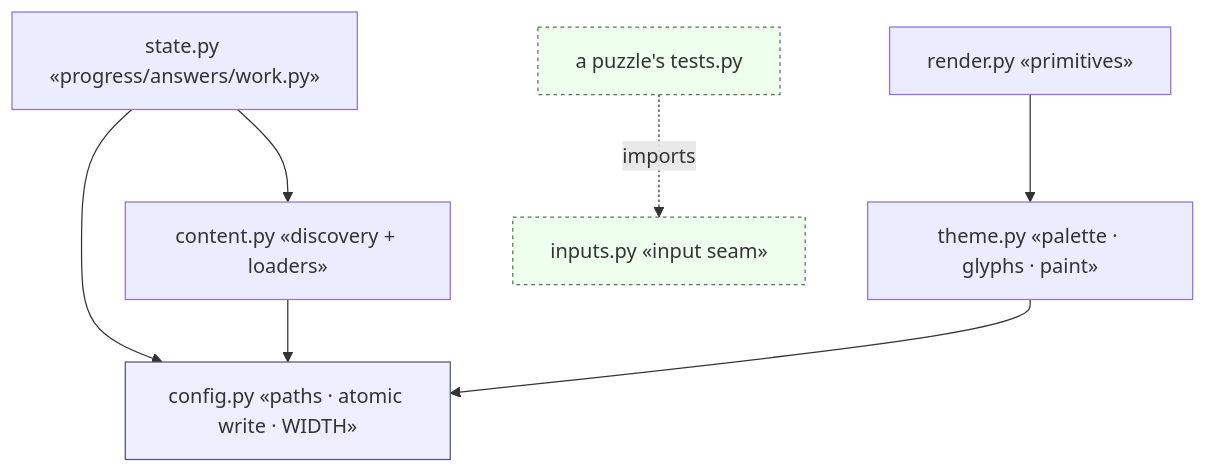
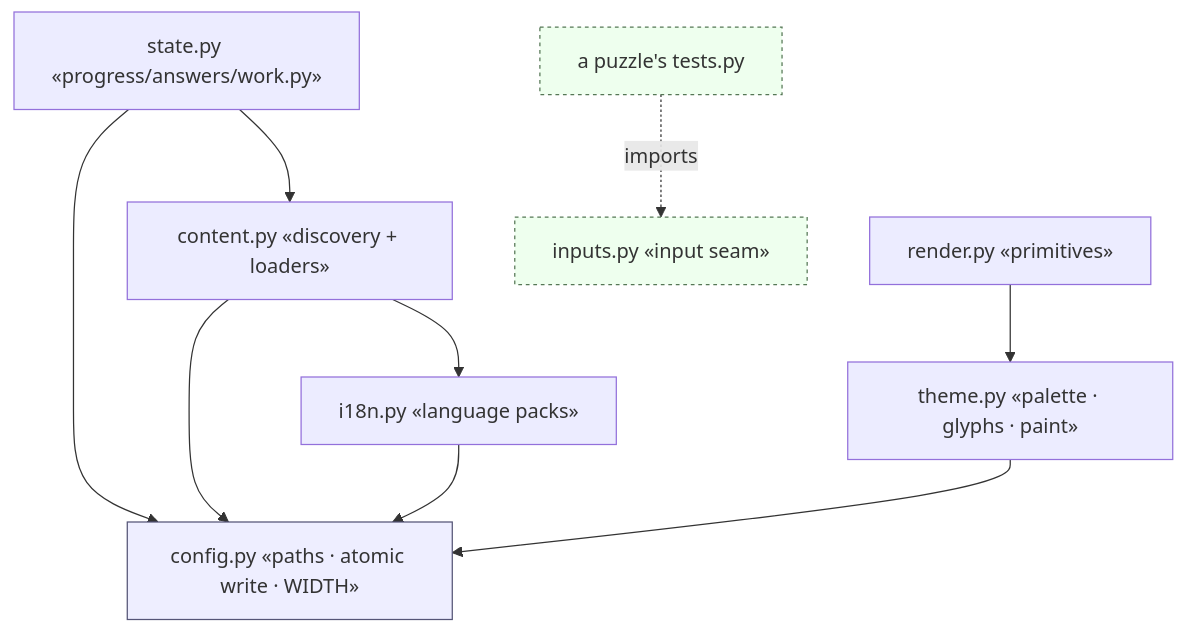
Before and after one commit to N041M/PyQuest: the seventh of 12 diagrams in docs/architecture/README.md, drawn with Mermaid. The commit also changed 5 other files, not shown here.

Commit message:
Let language packs override textbook reference.md, English fallback

````diff
--- a/docs/architecture/README.md
+++ b/docs/architecture/README.md
@@ -187,15 +187,17 @@
 ```mermaid
 flowchart TB
     state["state.py «progress/answers/work.py»"] --> content["content.py «discovery + loaders»"]
     state --> config["config.py «paths · atomic write · WIDTH»"]
     content --> config
+    content --> i18n["i18n.py «language packs»"]
+    i18n --> config
     render["render.py «primitives»"] --> theme["theme.py «palette · glyphs · paint»"]
     theme --> config
     inputs["inputs.py «input seam»"]
     tests["a puzzle's tests.py"] -. imports .-> inputs
     classDef base fill:#eef,stroke:#557;
     class config base;
     classDef seam fill:#efe,stroke:#575,stroke-dasharray:3 3;
     class inputs seam;
     class tests seam;
 ```
````
